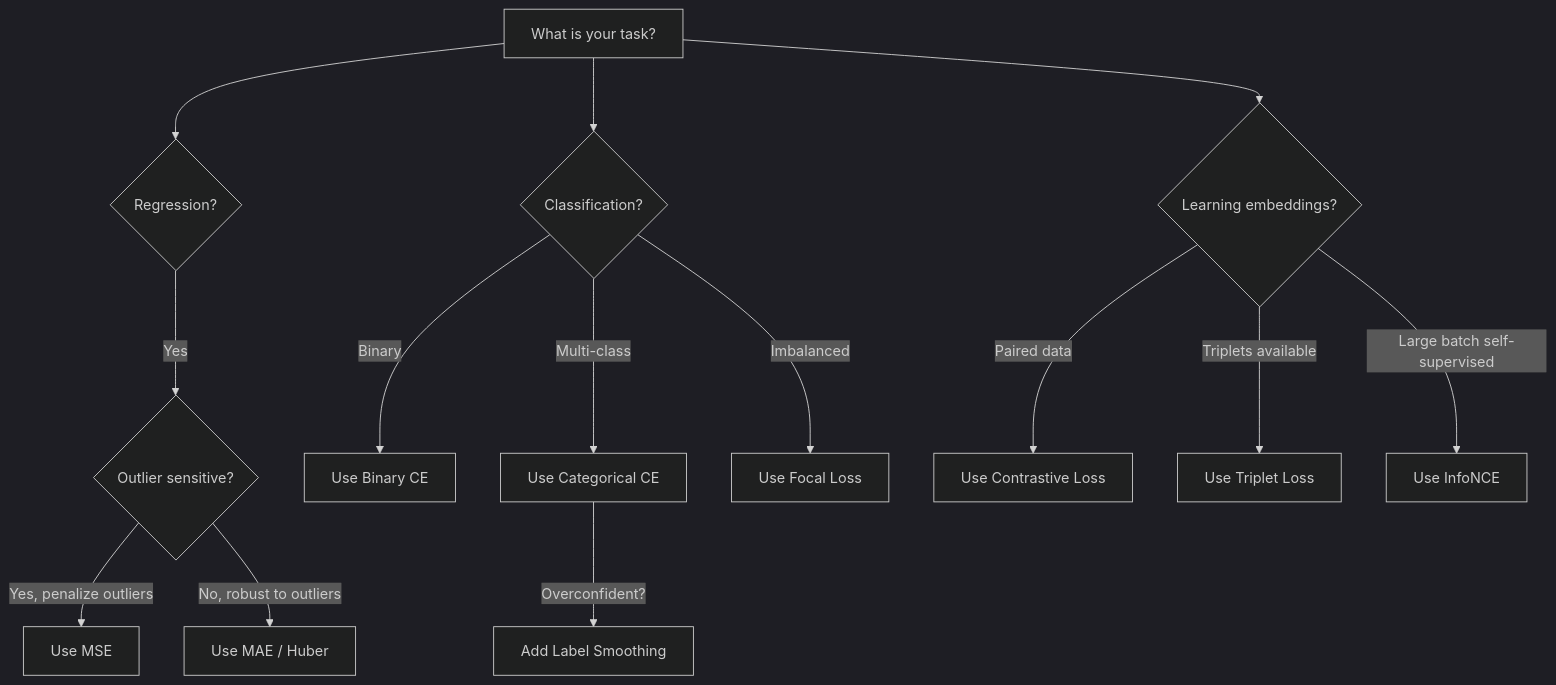
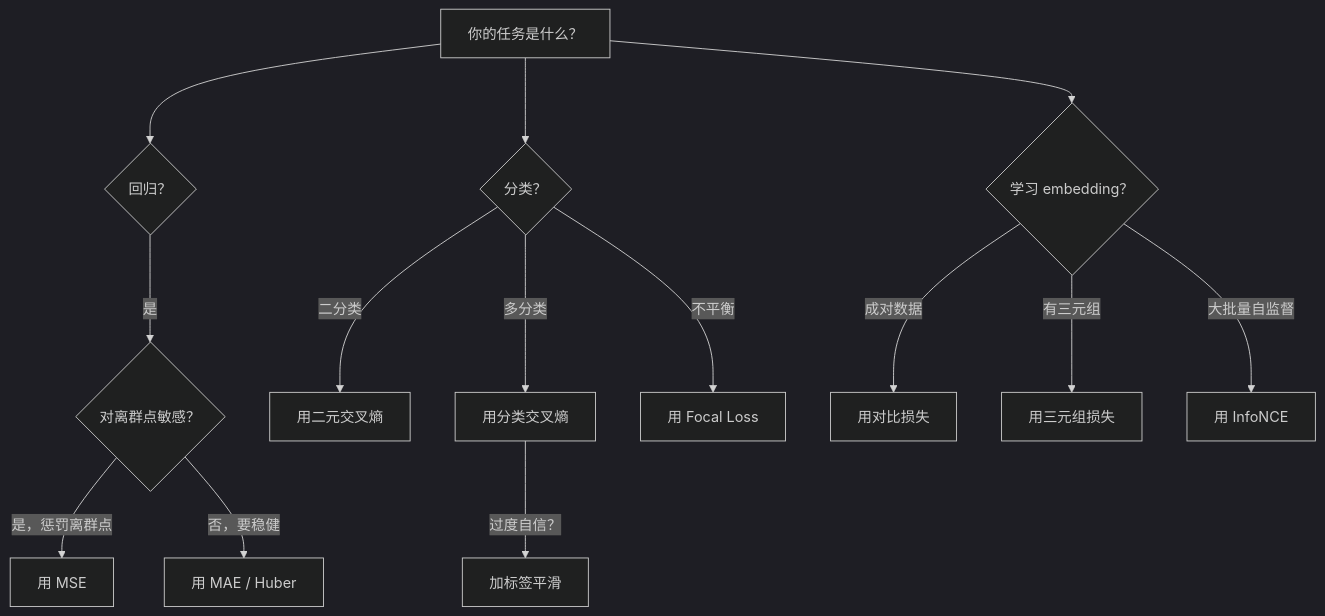
Before and after one commit to alessandrodinisio-ai/ai-engineering-learning-framework: the second of 3 diagrams in phases/03-deep-learning-core/05-loss-functions/docs/zh.md, drawn with Mermaid (dark theme). The commit also changed other lines of this file and 120 other files, not shown here.

First line of the commit message:
i18n(mermaid): 337 个 mermaid 图表标签中文化

````diff
--- a/phases/03-deep-learning-core/05-loss-functions/docs/zh.md
+++ b/phases/03-deep-learning-core/05-loss-functions/docs/zh.md
@@ -156,19 +156,19 @@
 ```mermaid
 flowchart TD
-    Start["What is your task?"] --> Reg{"Regression?"}
-    Start --> Cls{"Classification?"}
-    Start --> Emb{"Learning embeddings?"}
+    Start["你的任务是什么？"] --> Reg{"回归？"}
+    Start --> Cls{"分类？"}
+    Start --> Emb{"学习 embedding？"}
 
-    Reg -->|"Yes"| Outliers{"Outlier sensitive?"}
-    Outliers -->|"Yes, penalize outliers"| MSE["Use MSE"]
-    Outliers -->|"No, robust to outliers"| MAE["Use MAE / Huber"]
+    Reg -->|"是"| Outliers{"对离群点敏感？"}
+    Outliers -->|"是，惩罚离群点"| MSE["用 MSE"]
+    Outliers -->|"否，要稳健"| MAE["用 MAE / Huber"]
 
-    Cls -->|"Binary"| BCE["Use Binary CE"]
-    Cls -->|"Multi-class"| CCE["Use Categorical CE"]
-    Cls -->|"Imbalanced"| FL["Use Focal Loss"]
-    CCE -->|"Overconfident?"| LS["Add Label Smoothing"]
+    Cls -->|"二分类"| BCE["用二元交叉熵"]
+    Cls -->|"多分类"| CCE["用分类交叉熵"]
+    Cls -->|"不平衡"| FL["用 Focal Loss"]
+    CCE -->|"过度自信？"| LS["加标签平滑"]
 
-    Emb -->|"Paired data"| CL["Use Contrastive Loss"]
-    Emb -->|"Triplets available"| TL["Use Triplet Loss"]
-    Emb -->|"Large batch self-supervised"| NCE["Use InfoNCE"]
+    Emb -->|"成对数据"| CL["用对比损失"]
+    Emb -->|"有三元组"| TL["用三元组损失"]
+    Emb -->|"大批量自监督"| NCE["用 InfoNCE"]
 ```
````
